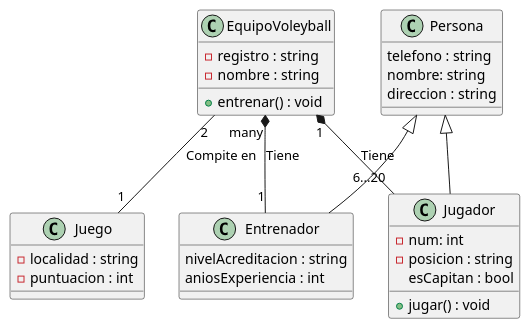
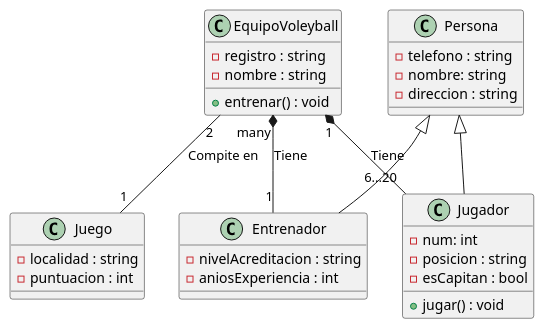
One commit to Andreinalcm/IS-022023 changed the diagram in docs/diagrams/diagramaClases.plantuml. Above: the diagram before and after it, drawn with PlantUML.

Commit message:
Arreglo a los diagrama de clases y Objetos

```diff
--- a/docs/diagrams/diagramaClases.plantuml
+++ b/docs/diagrams/diagramaClases.plantuml
@@ -1,38 +1,38 @@
 @startuml Diagrama de Clases
 
 class EquipoVoleyball {
     -registro : string
     -nombre : string
     +entrenar() : void
 }
 
 class Juego{
     -localidad : string
     -puntuacion : int
 }
 
 class Persona {
-    telefono : string
-    nombre: string
-    direccion : string
+    -telefono : string
+    -nombre: string
+    -direccion : string
 }
 
 class Jugador{
     -num: int
     -posicion : string
-    esCapitan : bool
+    -esCapitan : bool
     +jugar() : void
 }
 
 class Entrenador {
-    nivelAcreditacion : string
-    aniosExperiencia : int
+    -nivelAcreditacion : string
+    -aniosExperiencia : int
 }
 
 Persona <|-- Jugador 
 Persona <|-- Entrenador
 EquipoVoleyball "1" *-- "6...20" Jugador : Tiene
 EquipoVoleyball "2" -- "1" Juego : Compite en
 EquipoVoleyball "many" *-- "1" Entrenador : Tiene
 
 @enduml
```
